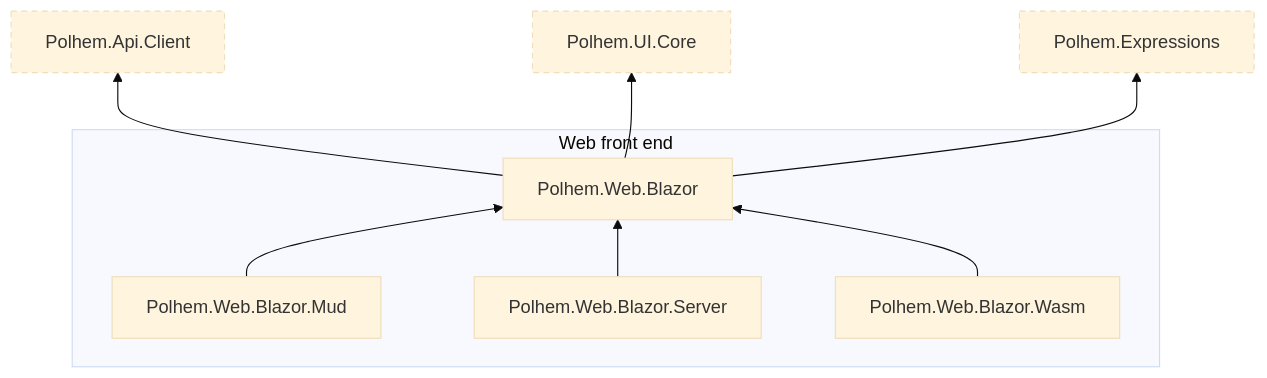
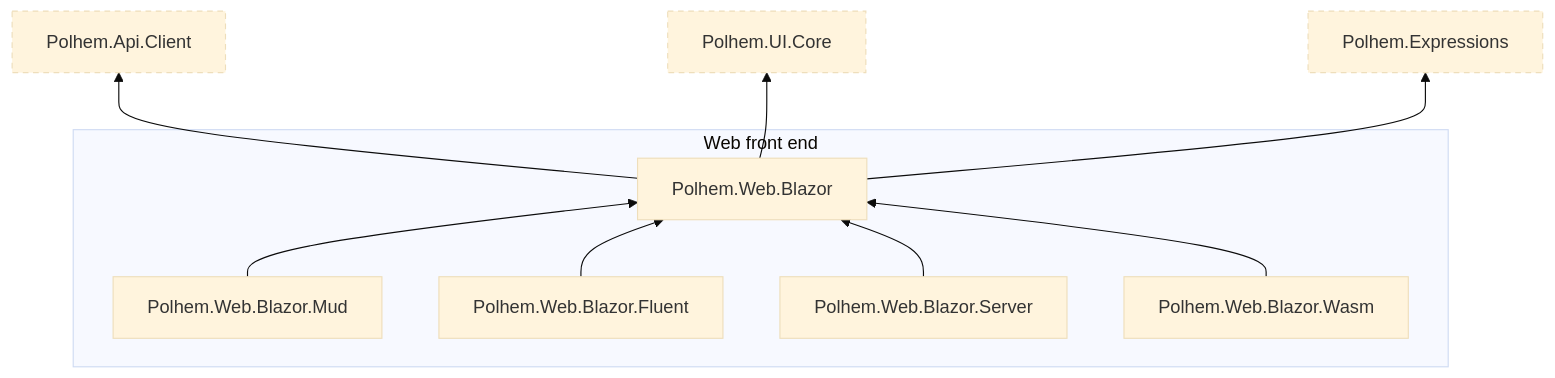
One commit to polhem-dev/polhem changed the eighth of 8 diagrams in docs/en/architecture/dependency-map.md. Above: the diagram before and after it, drawn with Mermaid (base theme). The commit also changed other lines of this file and 88 other files, not shown here.

First line of the commit message:
Add Polhem.Web.Blazor.Fluent, a second Blazor UI package (#282)

````diff
--- a/docs/en/architecture/dependency-map.md
+++ b/docs/en/architecture/dependency-map.md
@@ -194,21 +194,23 @@
 ```mermaid
 graph BT
   subgraph Web ["Web front end"]
     BlazorShared["Polhem.Web.Blazor"]
     BlazorMud["Polhem.Web.Blazor.Mud"]
+    BlazorFluent["Polhem.Web.Blazor.Fluent"]
     BlazorSrv["Polhem.Web.Blazor.Server"]
     BlazorWasm["Polhem.Web.Blazor.Wasm"]
   end
   Client["Polhem.Api.Client"]:::other
   UICore["Polhem.UI.Core"]:::other
   Expressions["Polhem.Expressions"]:::other
 
   BlazorShared --> Client
   BlazorShared --> UICore
   BlazorShared --> Expressions
   BlazorMud --> BlazorShared
+  BlazorFluent --> BlazorShared
   BlazorSrv --> BlazorShared
   BlazorWasm --> BlazorShared
 
   classDef other stroke-dasharray: 5 4
 ```
````
